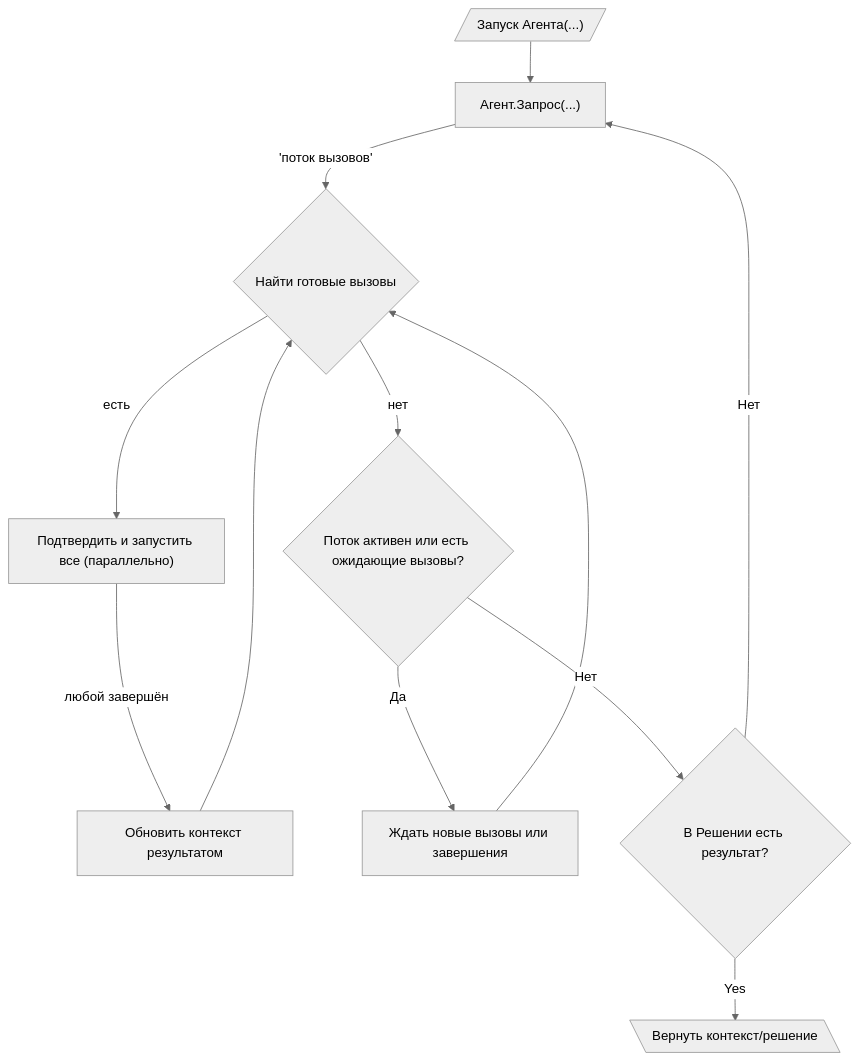
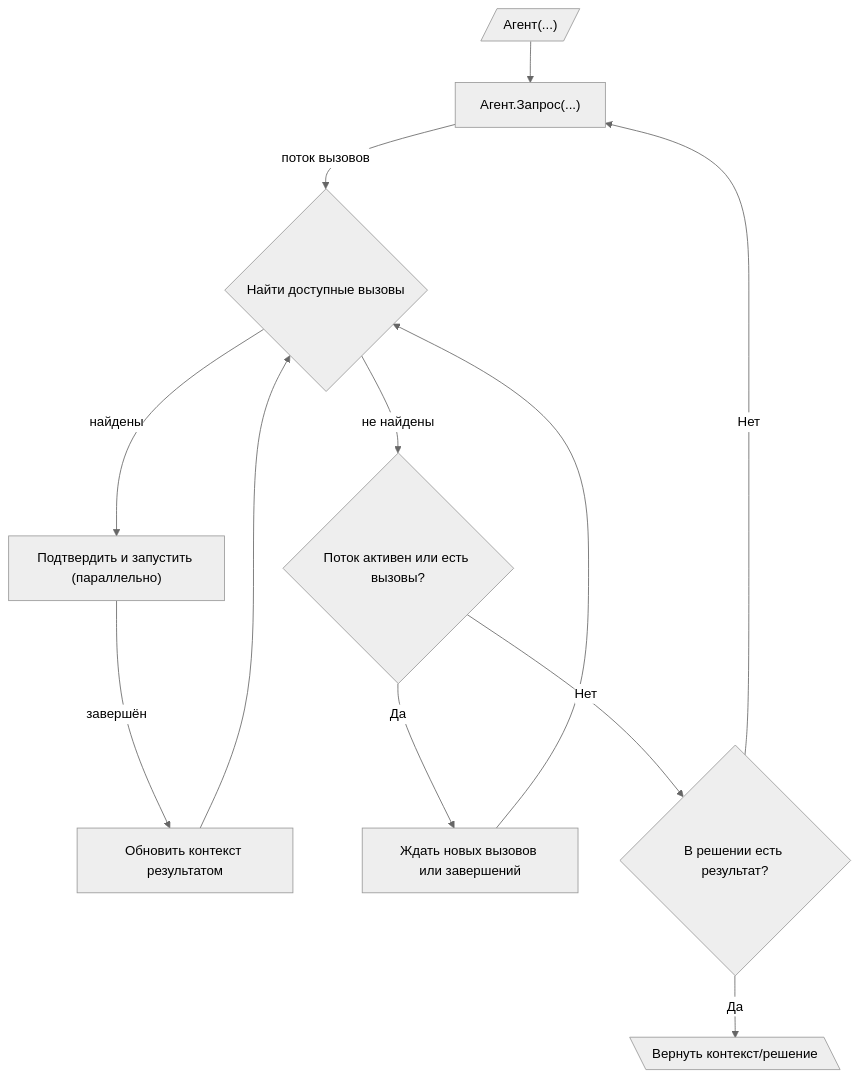
Before and after one commit to idealic-ai/docs: the diagram in translations/simple-ru/acts/010_agent_loop.md, drawn with Mermaid (neutral theme). The commit also changed other lines of this file and 21 other files, not shown here.

````diff
--- a/translations/simple-ru/acts/010_agent_loop.md
+++ b/translations/simple-ru/acts/010_agent_loop.md
@@ -39,17 +39,17 @@
 ```mermaid
 graph TD
-    Start[/"Запуск Агента(...)"/] --> Request["Агент.Запрос(...)"];
-    Request -- 'поток вызовов' --> FindUnblocked{"Найти готовые вызовы"};
+    Start[/"Агент(...)"/] --> Request["Агент.Запрос(...)"];
+    Request -- "поток вызовов" --> FindUnblocked{"Найти доступные вызовы"};
 
-    FindUnblocked -- "есть" --> ConfirmAndLaunch["Подтвердить и запустить все (параллельно)"];
-    ConfirmAndLaunch -- "любой завершён" --> UpdateContext["Обновить контекст результатом"];
+    FindUnblocked -- "найдены" --> ConfirmAndLaunch["Подтвердить и запустить (параллельно)"];
+    ConfirmAndLaunch -- "завершён" --> UpdateContext["Обновить контекст результатом"];
     UpdateContext --> FindUnblocked;
 
-    FindUnblocked -- "нет" --> CheckStreamAndPending{"Поток активен или есть ожидающие вызовы?"};
-    CheckStreamAndPending -- Да --> Wait["Ждать новые вызовы или завершения"];
+    FindUnblocked -- "не найдены" --> CheckStreamAndPending{"Поток активен или есть вызовы?"};
+    CheckStreamAndPending -- "Да" --> Wait["Ждать новых вызовов или завершений"];
     Wait --> FindUnblocked;
 
-    CheckStreamAndPending -- Нет --> CheckTermination{"В Решении есть результат?"};
-    CheckTermination -- Нет --> Request;
-    CheckTermination -- Yes --> End[\"Вернуть контекст/решение"\];
+    CheckStreamAndPending -- "Нет" --> CheckTermination{"В решении есть результат?"};
+    CheckTermination -- "Нет" --> Request;
+    CheckTermination -- "Да" --> End[\"Вернуть контекст/решение"\];
 ```
````
